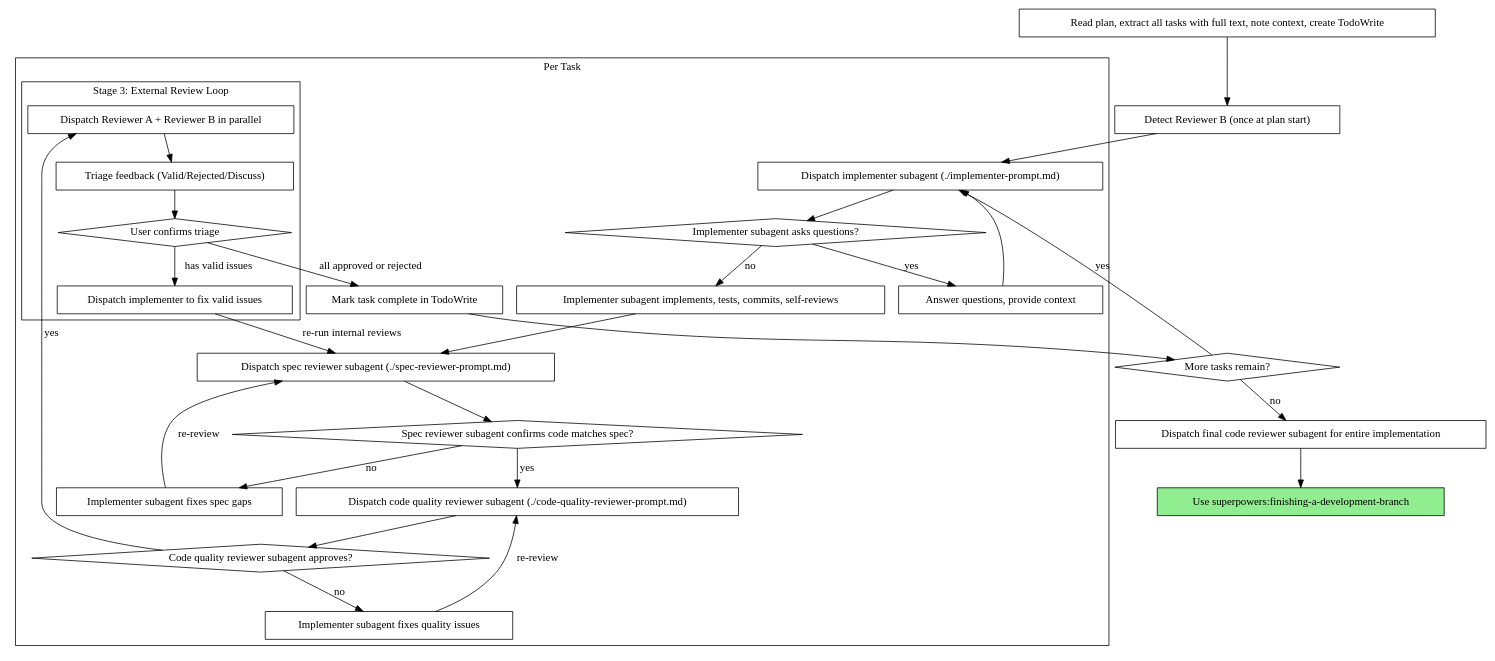
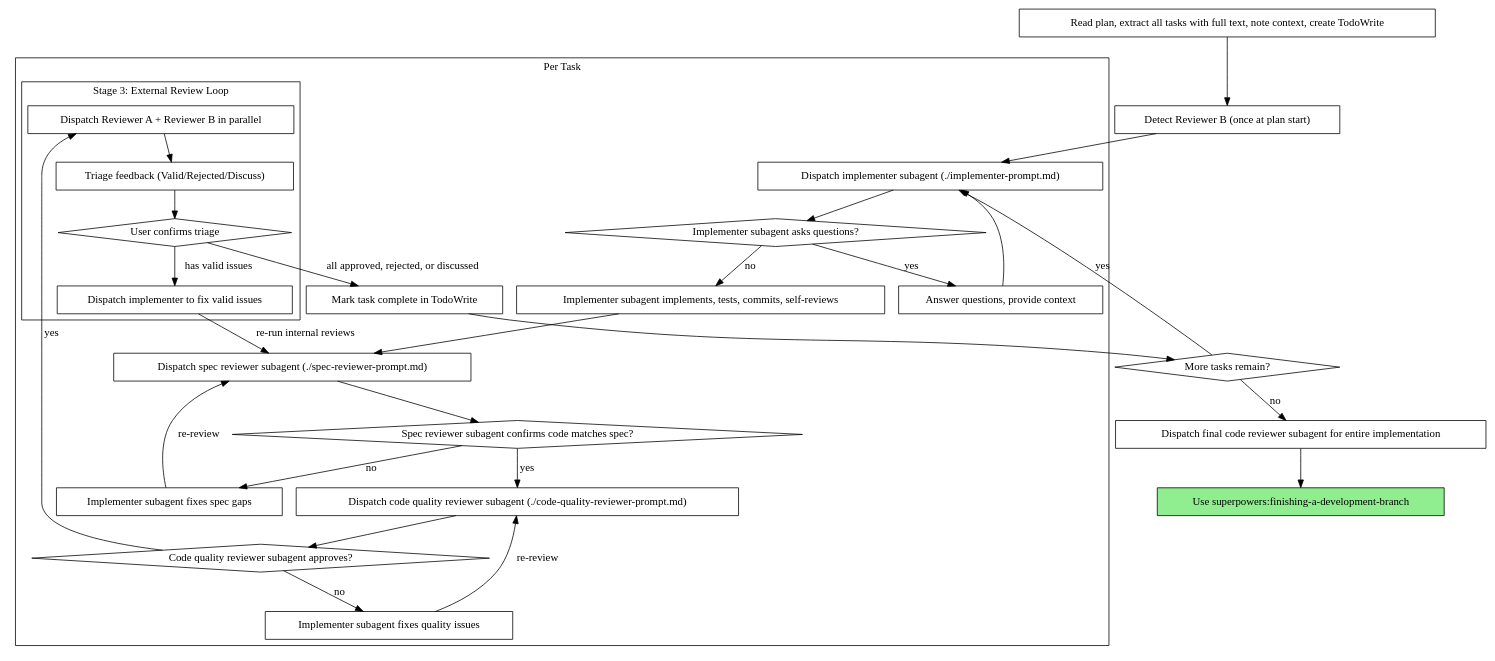
Before and after one commit to bmax121/superpowers: the second of 2 diagrams in skills/subagent-driven-development/SKILL.md, drawn with Graphviz. The commit also changed other lines of this file and 2 other files, not shown here.

First line of the commit message:
fix: align SKILL.md invocations with prompt template, add Discuss to diagram exit

````diff
--- a/skills/subagent-driven-development/SKILL.md
+++ b/skills/subagent-driven-development/SKILL.md
@@ -42,60 +42,60 @@
 ```dot
 digraph process {
     rankdir=TB;
 
     subgraph cluster_per_task {
         label="Per Task";
         "Dispatch implementer subagent (./implementer-prompt.md)" [shape=box];
         "Implementer subagent asks questions?" [shape=diamond];
         "Answer questions, provide context" [shape=box];
         "Implementer subagent implements, tests, commits, self-reviews" [shape=box];
         "Dispatch spec reviewer subagent (./spec-reviewer-prompt.md)" [shape=box];
         "Spec reviewer subagent confirms code matches spec?" [shape=diamond];
         "Implementer subagent fixes spec gaps" [shape=box];
         "Dispatch code quality reviewer subagent (./code-quality-reviewer-prompt.md)" [shape=box];
         "Code quality reviewer subagent approves?" [shape=diamond];
         "Implementer subagent fixes quality issues" [shape=box];
 
         subgraph cluster_external {
             label="Stage 3: External Review Loop";
             "Dispatch Reviewer A + Reviewer B in parallel" [shape=box];
             "Triage feedback (Valid/Rejected/Discuss)" [shape=box];
             "User confirms triage" [shape=diamond];
             "Dispatch implementer to fix valid issues" [shape=box];
         }
 
         "Mark task complete in TodoWrite" [shape=box];
     }
 
     "Detect Reviewer B (once at plan start)" [shape=box];
     "Read plan, extract all tasks with full text, note context, create TodoWrite" [shape=box];
     "More tasks remain?" [shape=diamond];
     "Dispatch final code reviewer subagent for entire implementation" [shape=box];
     "Use superpowers:finishing-a-development-branch" [shape=box style=filled fillcolor=lightgreen];
 
     "Read plan, extract all tasks with full text, note context, create TodoWrite" -> "Detect Reviewer B (once at plan start)";
     "Detect Reviewer B (once at plan start)" -> "Dispatch implementer subagent (./implementer-prompt.md)";
     "Dispatch implementer subagent (./implementer-prompt.md)" -> "Implementer subagent asks questions?";
     "Implementer subagent asks questions?" -> "Answer questions, provide context" [label="yes"];
     "Answer questions, provide context" -> "Dispatch implementer subagent (./implementer-prompt.md)";
     "Implementer subagent asks questions?" -> "Implementer subagent implements, tests, commits, self-reviews" [label="no"];
     "Implementer subagent implements, tests, commits, self-reviews" -> "Dispatch spec reviewer subagent (./spec-reviewer-prompt.md)";
     "Dispatch spec reviewer subagent (./spec-reviewer-prompt.md)" -> "Spec reviewer subagent confirms code matches spec?";
     "Spec reviewer subagent confirms code matches spec?" -> "Implementer subagent fixes spec gaps" [label="no"];
     "Implementer subagent fixes spec gaps" -> "Dispatch spec reviewer subagent (./spec-reviewer-prompt.md)" [label="re-review"];
     "Spec reviewer subagent confirms code matches spec?" -> "Dispatch code quality reviewer subagent (./code-quality-reviewer-prompt.md)" [label="yes"];
     "Dispatch code quality reviewer subagent (./code-quality-reviewer-prompt.md)" -> "Code quality reviewer subagent approves?";
     "Code quality reviewer subagent approves?" -> "Implementer subagent fixes quality issues" [label="no"];
     "Implementer subagent fixes quality issues" -> "Dispatch code quality reviewer subagent (./code-quality-reviewer-prompt.md)" [label="re-review"];
     "Code quality reviewer subagent approves?" -> "Dispatch Reviewer A + Reviewer B in parallel" [label="yes"];
     "Dispatch Reviewer A + Reviewer B in parallel" -> "Triage feedback (Valid/Rejected/Discuss)";
     "Triage feedback (Valid/Rejected/Discuss)" -> "User confirms triage";
-    "User confirms triage" -> "Mark task complete in TodoWrite" [label="all approved or rejected"];
+    "User confirms triage" -> "Mark task complete in TodoWrite" [label="all approved, rejected, or discussed"];
     "User confirms triage" -> "Dispatch implementer to fix valid issues" [label="has valid issues"];
     "Dispatch implementer to fix valid issues" -> "Dispatch spec reviewer subagent (./spec-reviewer-prompt.md)" [label="re-run internal reviews"];
     "Mark task complete in TodoWrite" -> "More tasks remain?";
     "More tasks remain?" -> "Dispatch implementer subagent (./implementer-prompt.md)" [label="yes"];
     "More tasks remain?" -> "Dispatch final code reviewer subagent for entire implementation" [label="no"];
     "Dispatch final code reviewer subagent for entire implementation" -> "Use superpowers:finishing-a-development-branch";
 }
 ```
````
